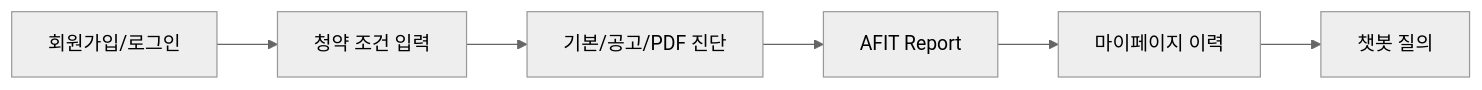
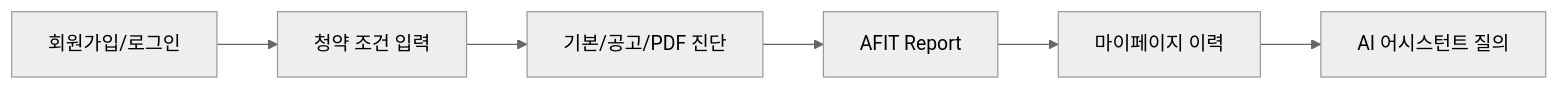
One commit to ldy-99/SKN29-3rd-3team changed the first of 2 diagrams in docs/final_v2/PRESENTATION_GUIDE_10MIN.md. Above: the diagram before and after it, drawn with Mermaid (neutral theme). The commit also changed other lines of this file and 77 other files, not shown here.

````diff
--- a/docs/final_v2/PRESENTATION_GUIDE_10MIN.md
+++ b/docs/final_v2/PRESENTATION_GUIDE_10MIN.md
@@ -41,8 +41,8 @@
 ```mermaid
 flowchart LR
     Signup["회원가입/로그인"] --> Profile["청약 조건 입력"]
     Profile --> Diagnosis["기본/공고/PDF 진단"]
     Diagnosis --> Result["AFIT Report"]
     Result --> MyPage["마이페이지 이력"]
-    MyPage --> Chat["챗봇 질의"]
+    MyPage --> Chat["AI 어시스턴트 질의"]
 ```
````
